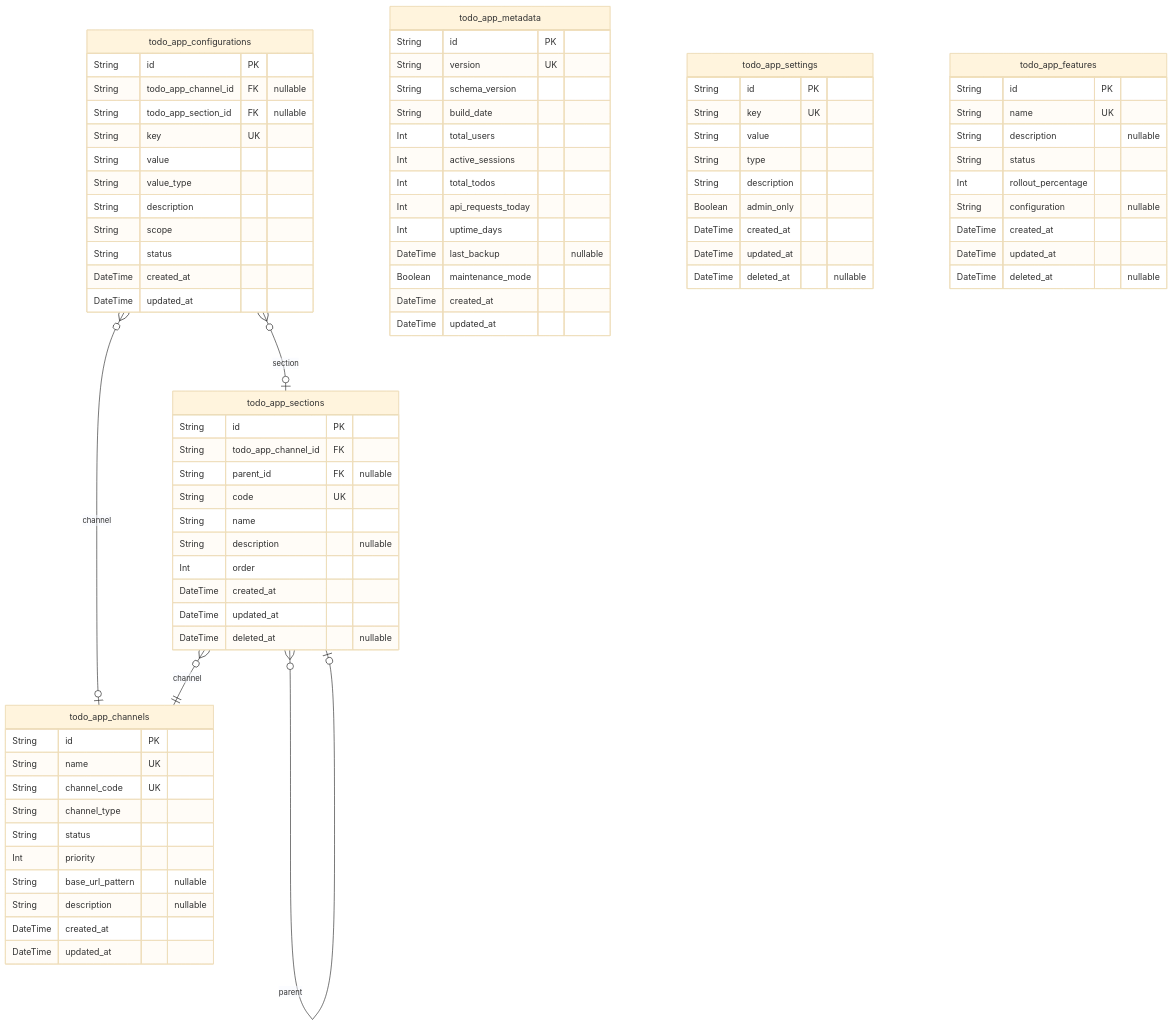
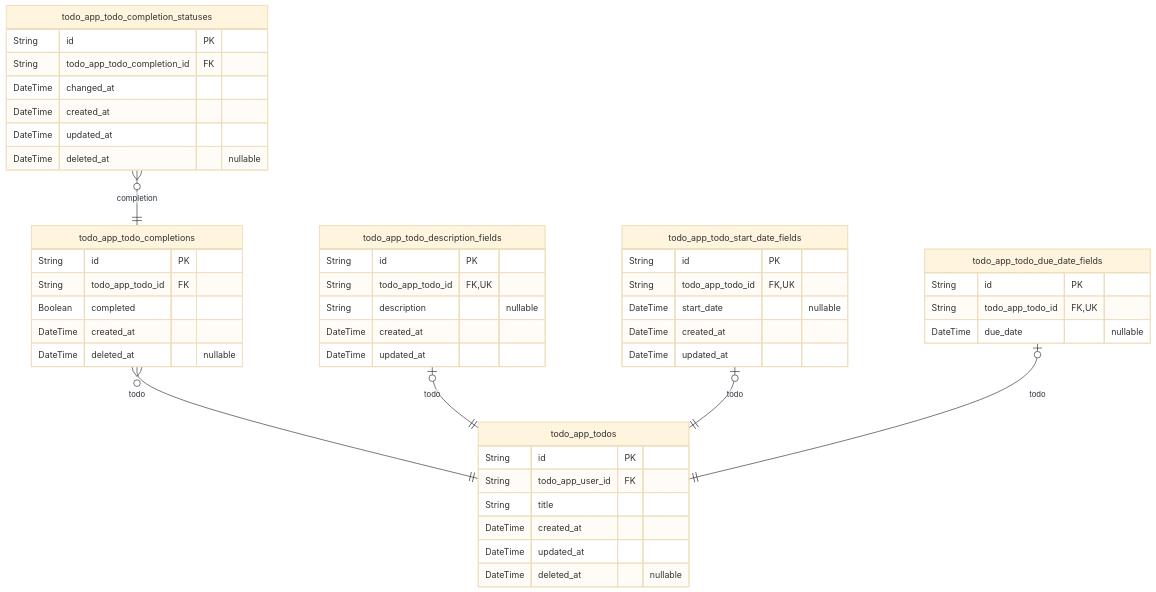
Before and after one commit to wrtnlabs/autobe-examples: the third of 5 diagrams in deepseek/deepseek-v3.1-terminus-exacto/todo/docs/ERD.md, drawn with Mermaid (base theme). The commit also changed other lines of this file and 11104 other files, not shown here.

````diff
--- a/deepseek/deepseek-v3.1-terminus-exacto/todo/docs/ERD.md
+++ b/deepseek/deepseek-v3.1-terminus-exacto/todo/docs/ERD.md
@@ -143,81 +1351,50 @@
 ```mermaid
 erDiagram
-"todo_app_configurations" {
+"todo_app_todos" {
   String id PK
-  String todo_app_channel_id FK "nullable"
-  String todo_app_section_id FK "nullable"
-  String key UK
-  String value
-  String value_type
-  String description
-  String scope
-  String status
+  String todo_app_user_id FK
+  String title
   DateTime created_at
   DateTime updated_at
+  DateTime deleted_at "nullable"
 }
-"todo_app_channels" {
+"todo_app_todo_completions" {
   String id PK
-  String name UK
-  String channel_code UK
-  String channel_type
-  String status
-  Int priority
-  String base_url_pattern "nullable"
+  String todo_app_todo_id FK
+  Boolean completed
+  DateTime created_at
+  DateTime deleted_at "nullable"
+}
+"todo_app_todo_completion_statuses" {
+  String id PK
+  String todo_app_todo_completion_id FK
+  DateTime changed_at
+  DateTime created_at
+  DateTime updated_at
+  DateTime deleted_at "nullable"
+}
+"todo_app_todo_description_fields" {
+  String id PK
+  String todo_app_todo_id FK,UK
   String description "nullable"
   DateTime created_at
   DateTime updated_at
 }
-"todo_app_sections" {
+"todo_app_todo_start_date_fields" {
   String id PK
-  String todo_app_channel_id FK
-  String parent_id FK "nullable"
-  String code UK
-  String name
-  String description "nullable"
-  Int order
-  DateTime created_at
-  DateTime updated_at
-  DateTime deleted_at "nullable"
-}
-"todo_app_metadata" {
-  String id PK
-  String version UK
-  String schema_version
-  String build_date
-  Int total_users
-  Int active_sessions
-  Int total_todos
-  Int api_requests_today
-  Int uptime_days
-  DateTime last_backup "nullable"
-  Boolean maintenance_mode
+  String todo_app_todo_id FK,UK
+  DateTime start_date "nullable"
   DateTime created_at
   DateTime updated_at
 }
-"todo_app_settings" {
+"todo_app_todo_due_date_fields" {
   String id PK
-  String key UK
-  String value
-  String type
-  String description
-  Boolean admin_only
-  DateTime created_at
-  DateTime updated_at
-  DateTime deleted_at "nullable"
+  String todo_app_todo_id FK,UK
+  DateTime due_date "nullable"
 }
-"todo_app_features" {
-  String id PK
-  String name UK
-  String description "nullable"
-  String status
-  Int rollout_percentage
-  String configuration "nullable"
-  DateTime created_at
-  DateTime updated_at
-  DateTime deleted_at "nullable"
-}
-"todo_app_configurations" }o--o| "todo_app_channels" : channel
-"todo_app_configurations" }o--o| "todo_app_sections" : section
-"todo_app_sections" }o--|| "todo_app_channels" : channel
-"todo_app_sections" }o--o| "todo_app_sections" : parent
+"todo_app_todo_completions" }o--|| "todo_app_todos" : todo
+"todo_app_todo_completion_statuses" }o--|| "todo_app_todo_completions" : completion
+"todo_app_todo_description_fields" |o--|| "todo_app_todos" : todo
+"todo_app_todo_start_date_fields" |o--|| "todo_app_todos" : todo
+"todo_app_todo_due_date_fields" |o--|| "todo_app_todos" : todo
 ```
````
